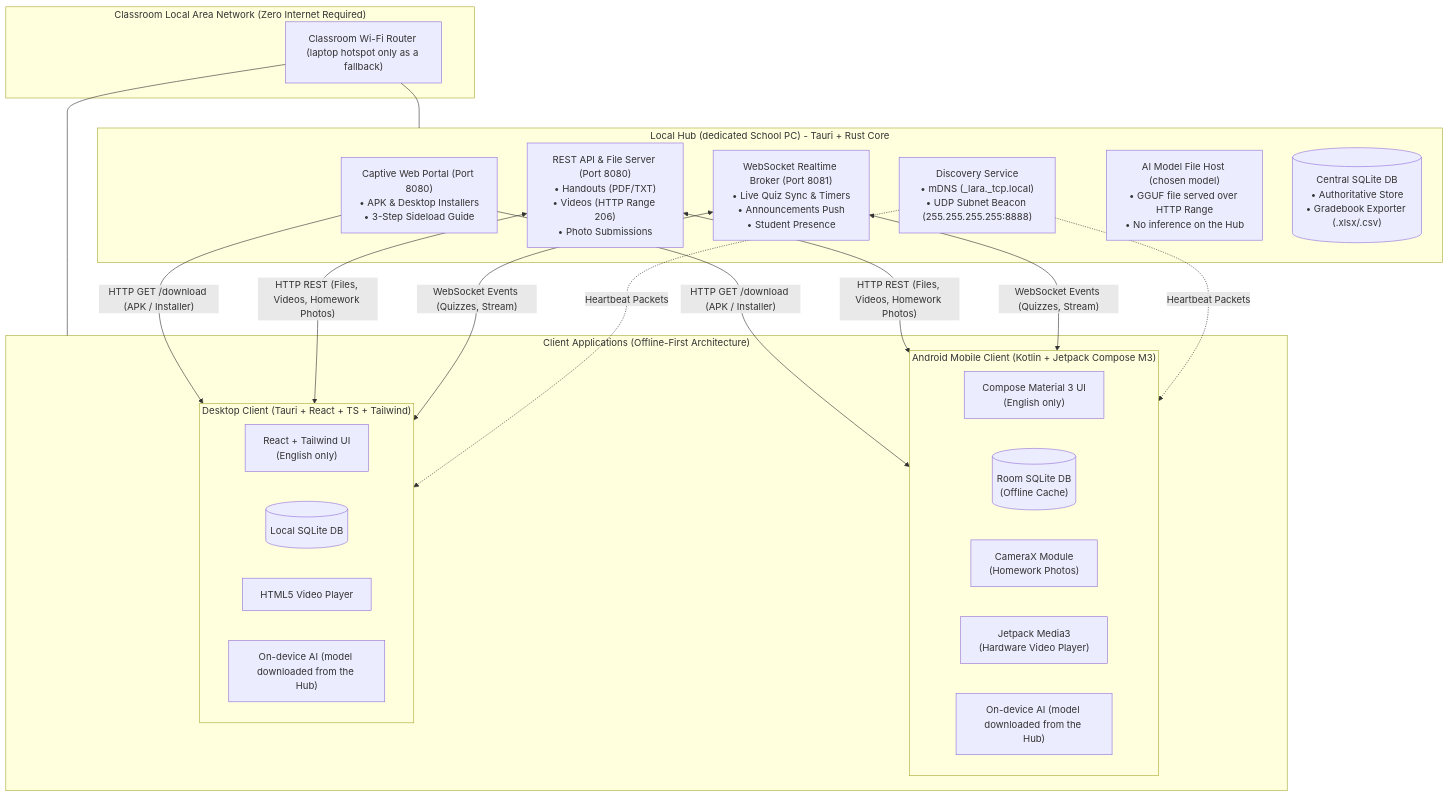
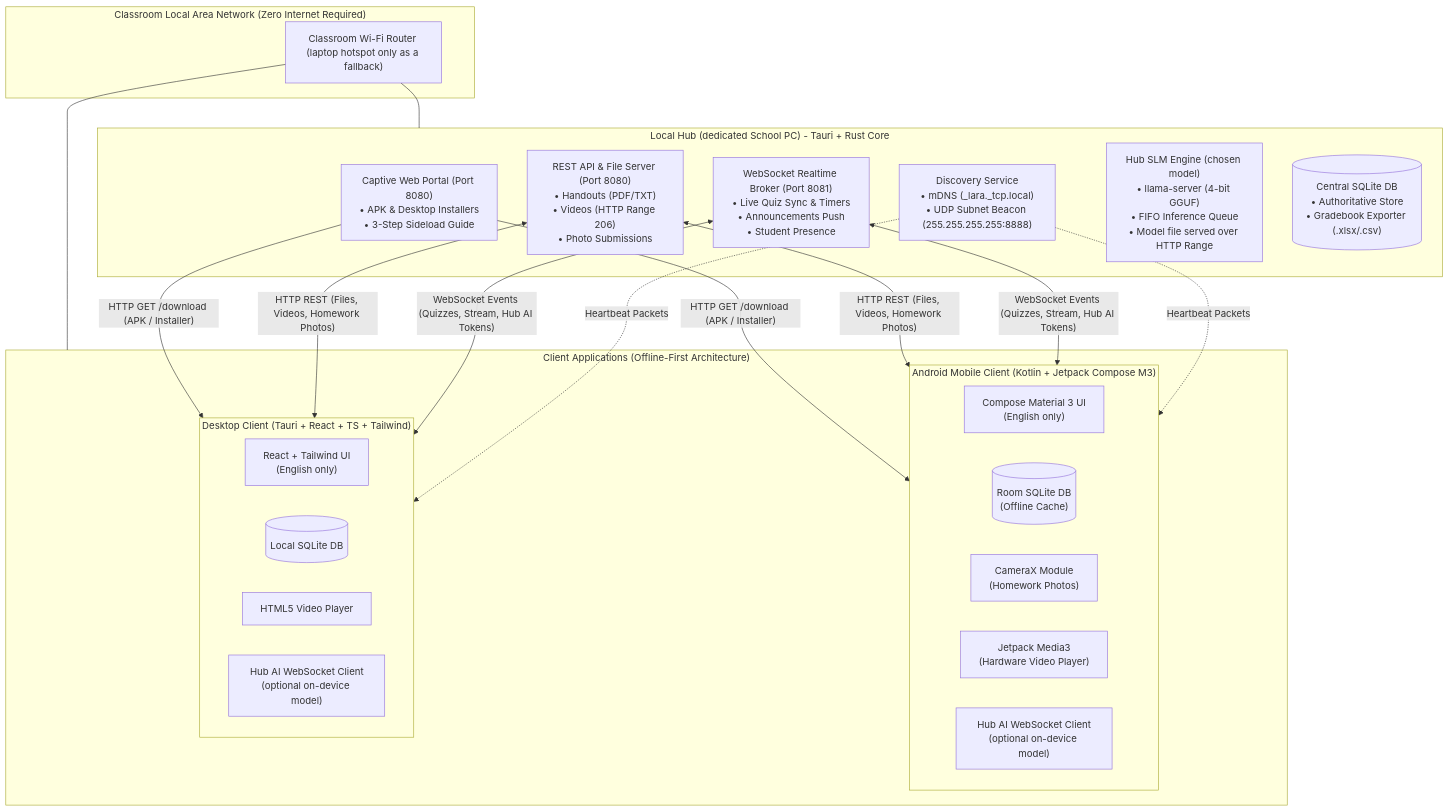
Before and after one commit to BootlegYouki/L.A.R.A: the first of 5 diagrams in docs/PRD.md, drawn with Mermaid. The commit also changed other lines of this file and 35 other files, not shown here.

First line of the commit message:
docs: make the AI tutor hybrid (Hub path by default, optional on-device model)

````diff
--- a/docs/PRD.md
+++ b/docs/PRD.md
@@ -52,40 +52,40 @@
 ```mermaid
 flowchart TD
  subgraph RouterArea["Classroom Local Area Network (Zero Internet Required)"]
  Router["Classroom Wi-Fi Router (laptop hotspot only as a fallback)"]
  end
 
  subgraph HubServer["Local Hub (dedicated School PC) - Tauri + Rust Core"]
  Captive["Captive Web Portal (Port 8080)<br/>• APK & Desktop Installers<br/>• 3-Step Sideload Guide"]
  RestEngine["REST API & File Server (Port 8080)<br/>• Handouts (PDF/TXT)<br/>• Videos (HTTP Range 206)<br/>• Photo Submissions"]
  WsBroker["WebSocket Realtime Broker (Port 8081)<br/>• Live Quiz Sync & Timers<br/>• Announcements Push<br/>• Student Presence"]
  Discovery["Discovery Service<br/>• mDNS (_lara._tcp.local)<br/>• UDP Subnet Beacon (255.255.255.255:8888)"]
- HubAI["AI Model File Host (chosen model)<br/>• GGUF file served over HTTP Range<br/>• No inference on the Hub"]
+ HubAI["Hub SLM Engine (chosen model)<br/>• llama-server (4-bit GGUF)<br/>• FIFO Inference Queue<br/>• Model file served over HTTP Range"]
  CentralDB[("Central SQLite DB<br/>• Authoritative Store<br/>• Gradebook Exporter (.xlsx/.csv)")]
  end
 
  subgraph ClientApps["Client Applications (Offline-First Architecture)"]
  subgraph AndroidClient["Android Mobile Client (Kotlin + Jetpack Compose M3)"]
  DroidUI["Compose Material 3 UI<br/>(English only)"]
  DroidRoom[("Room SQLite DB<br/>(Offline Cache)")]
  DroidCam["CameraX Module<br/>(Homework Photos)"]
  DroidMedia["Jetpack Media3<br/>(Hardware Video Player)"]
- DroidAI["On-device AI (model downloaded from the Hub)"]
+ DroidAI["Hub AI WebSocket Client<br/>(optional on-device model)"]
  end
 
  subgraph DesktopClient["Desktop Client (Tauri + React + TS + Tailwind)"]
  DeskUI["React + Tailwind UI<br/>(English only)"]
  DeskSQLite[("Local SQLite DB")]
  DeskVideo["HTML5 Video Player"]
- DeskAI["On-device AI (model downloaded from the Hub)"]
+ DeskAI["Hub AI WebSocket Client<br/>(optional on-device model)"]
  end
  end
 
  Router --- HubServer
  Router --- ClientApps
 
  Captive -->|"HTTP GET /download (APK / Installer)"| AndroidClient & DesktopClient
  RestEngine <-->|"HTTP REST (Files, Videos, Homework Photos)"| AndroidClient & DesktopClient
- WsBroker <-->|"WebSocket Events (Quizzes, Stream)"| AndroidClient & DesktopClient
+ WsBroker <-->|"WebSocket Events (Quizzes, Stream, Hub AI Tokens)"| AndroidClient & DesktopClient
  Discovery -.->|"Heartbeat Packets"| AndroidClient & DesktopClient
 ```
````
